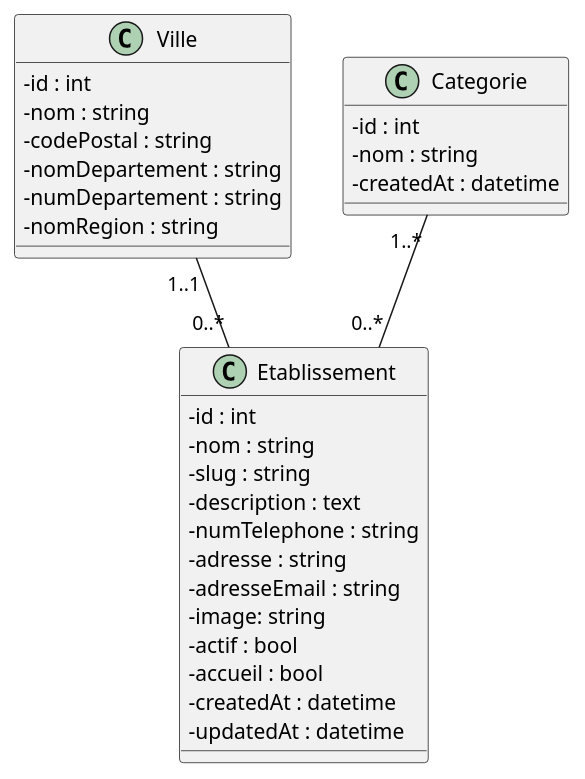
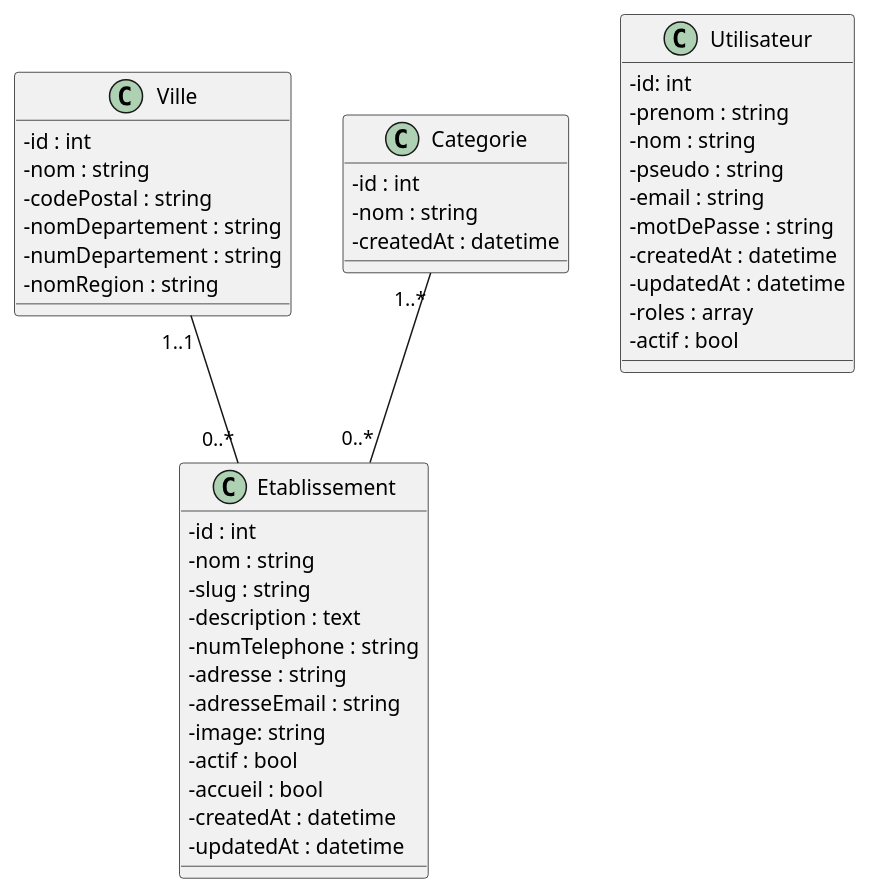
Before and after one commit to pgrvs/FC-Tourisme: the diagram in documentation/diagrammeDeClasses.puml, drawn with PlantUML. The commit also changed 9 other files, not shown here.

```diff
--- a/documentation/diagrammeDeClasses.puml
+++ b/documentation/diagrammeDeClasses.puml
@@ -1,36 +1,49 @@
 @startuml
 skinparam classAttributeIconSize 0
 
 class Etablissement {
     - id : int
     - nom : string
     - slug : string
     - description : text
     - numTelephone : string
     - adresse : string
     - adresseEmail : string
     - image: string
     - actif : bool
     - accueil : bool
     - createdAt : datetime
     - updatedAt : datetime
 }
 
 class Ville {
     - id : int
     - nom : string
     - codePostal : string
     - nomDepartement : string
     - numDepartement : string
     - nomRegion : string
 }
 
 class Categorie {
     - id : int
     - nom : string
     - createdAt : datetime
 }
 
+class Utilisateur {
+    - id: int
+    - prenom : string
+    - nom : string
+    - pseudo : string
+    - email : string
+    - motDePasse : string
+    - createdAt : datetime
+    - updatedAt : datetime
+    - roles : array
+    - actif : bool
+}
+
 Categorie"1..*"--"0..*"Etablissement
 Ville"1..1"--"0..*"Etablissement
 @enduml
```
